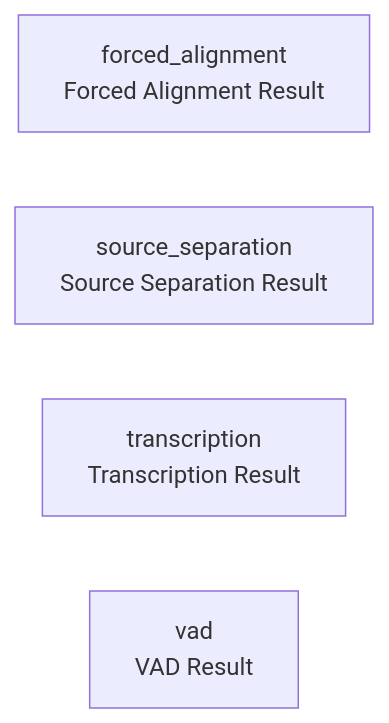
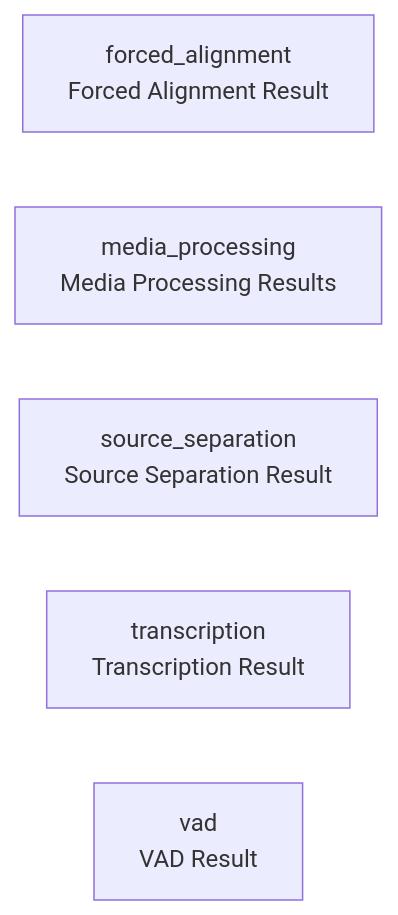
One commit to cj-mills/cjm-capability-primitives changed the diagram in README.md. Above: the diagram before and after it, drawn with Mermaid. The commit also changed other lines of this file and 2 other files, not shown here.

````diff
--- a/README.md
+++ b/README.md
@@ -24,7 +25,8 @@
 ``` mermaid
 graph LR
     forced_alignment["forced_alignment<br/>Forced Alignment Result"]
+    media_processing["media_processing<br/>Media Processing Results"]
     source_separation["source_separation<br/>Source Separation Result"]
     transcription["transcription<br/>Transcription Result"]
     vad["vad<br/>VAD Result"]
 ```
````
